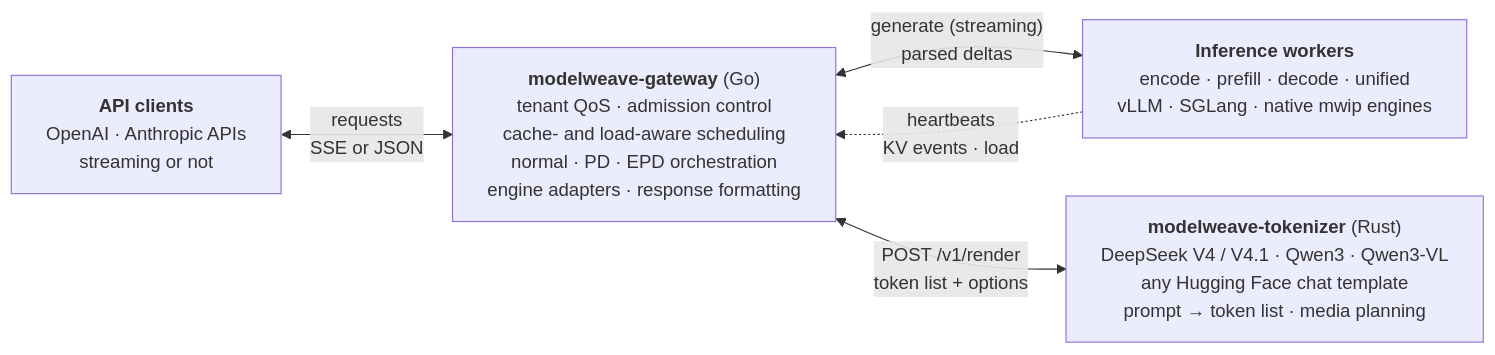
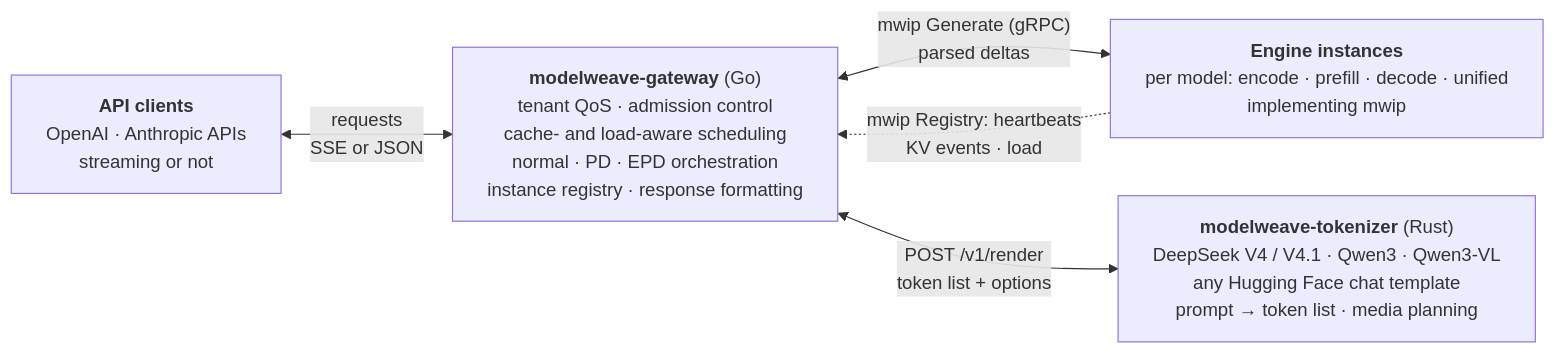
Before and after one commit to leonyang215/ModelWeave: the first of 2 diagrams in README.md, drawn with Mermaid. The commit also changed other lines of this file and 7 other files, not shown here.

First line of the commit message:
docs: mwip-only integration, instances by role

````diff
--- a/README.md
+++ b/README.md
@@ -45,13 +52,13 @@
 ```mermaid
 %%{init: {"flowchart": {"wrappingWidth": 360}}}%%
 flowchart LR
     client["<b>API clients</b><br/>OpenAI · Anthropic APIs<br/>streaming or not"]
-    gateway["<b>modelweave-gateway</b> (Go)<br/>tenant QoS · admission control<br/>cache- and load-aware scheduling<br/>normal · PD · EPD orchestration<br/>engine adapters · response formatting"]
-    workers["<b>Inference workers</b><br/>encode · prefill · decode · unified<br/>vLLM · SGLang · native mwip engines"]
+    gateway["<b>modelweave-gateway</b> (Go)<br/>tenant QoS · admission control<br/>cache- and load-aware scheduling<br/>normal · PD · EPD orchestration<br/>instance registry · response formatting"]
+    workers["<b>Engine instances</b><br/>per model: encode · prefill · decode · unified<br/>implementing mwip"]
     tokenizer["<b>modelweave-tokenizer</b> (Rust)<br/>DeepSeek V4 / V4.1 · Qwen3 · Qwen3-VL<br/>any Hugging Face chat template<br/>prompt → token list · media planning"]
 
     client <-->|"requests<br/>SSE or JSON"| gateway
-    gateway <-->|"generate (streaming)<br/>parsed deltas"| workers
+    gateway <-->|"mwip Generate (gRPC)<br/>parsed deltas"| workers
     gateway <-->|"POST /v1/render<br/>token list + options"| tokenizer
-    workers -.->|"heartbeats<br/>KV events · load"| gateway
+    workers -.->|"mwip Registry: heartbeats<br/>KV events · load"| gateway
 ```
````
